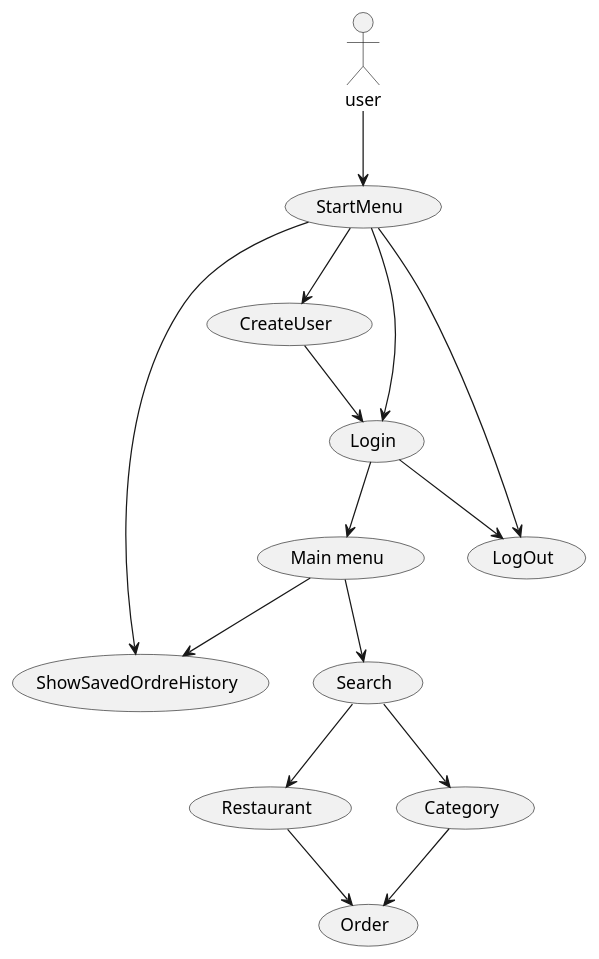
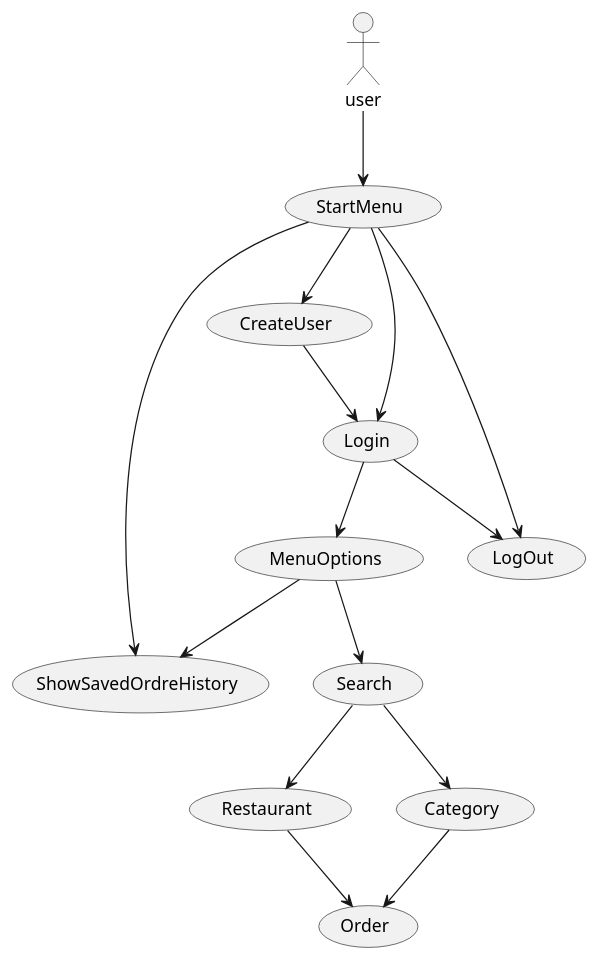
One commit to Madihakhan1/ICE-2024 changed the diagram in Doc/UseCase1.0.puml. Above: the diagram before and after it, drawn with PlantUML.

Commit message:
Changes by Agnethe Christensen

```diff
--- a/Doc/UseCase1.0.puml
+++ b/Doc/UseCase1.0.puml
@@ -1,37 +1,37 @@
 @startuml
 'https://plantuml.com/use-case-diagram
 
   actor user
 
   usecase "StartMenu" as UC1
   usecase "CreateUser" as UC2
   usecase "Login" as UC3
-  usecase "Main menu" as UC4
+  usecase "MenuOptions" as UC4
   usecase "Search" as UC5
   usecase "Restaurant" as UC6
   usecase "Category" as UC7
   usecase "Order" as UC8
   usecase "ShowSavedOrdreHistory" as UC9
   usecase "LogOut" as UC10
 
 
 user --> UC1
 UC1 --> UC9
 UC1 --> UC2
 UC1 --> UC10
 UC2 --> UC3
 UC1 --> UC3
 UC3 --> UC4
 UC3 --> UC10
 UC4 --> UC5
 UC5 --> UC6
 UC6 --> UC8
 UC5 --> UC7
 UC7 --> UC8
 UC4 --> UC9
 
 
 
 
 
 @enduml
```
